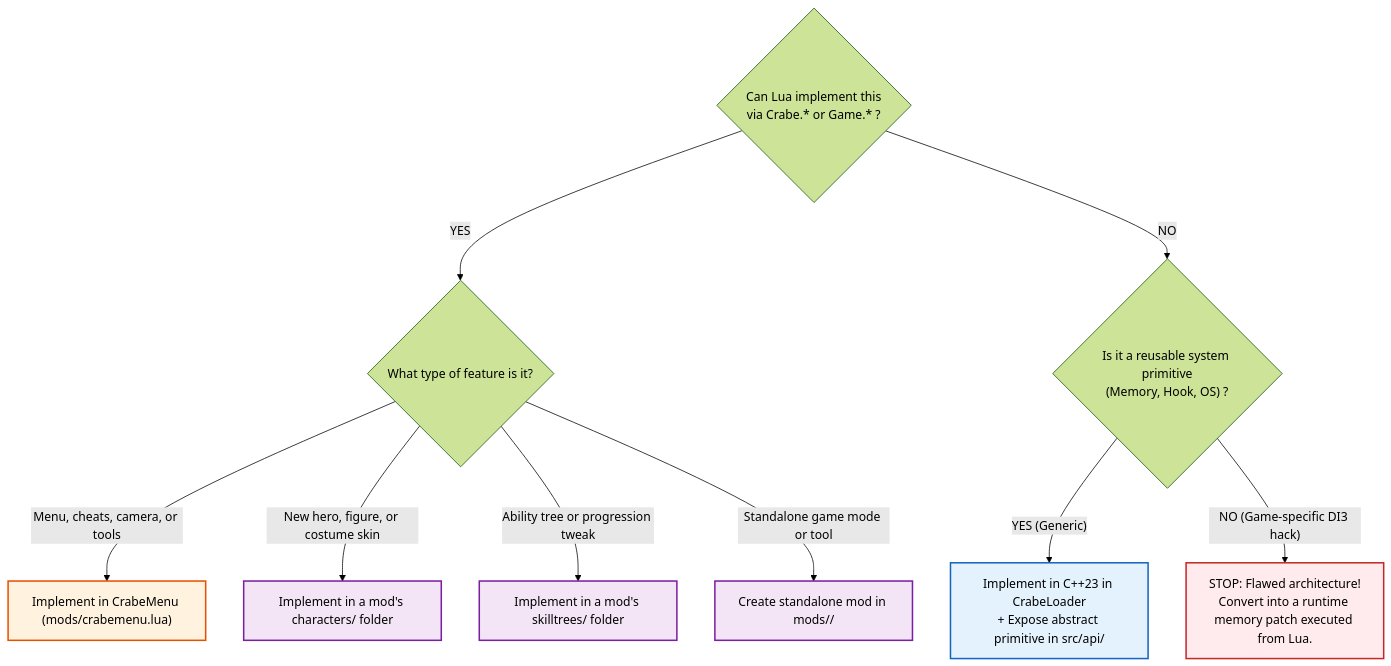
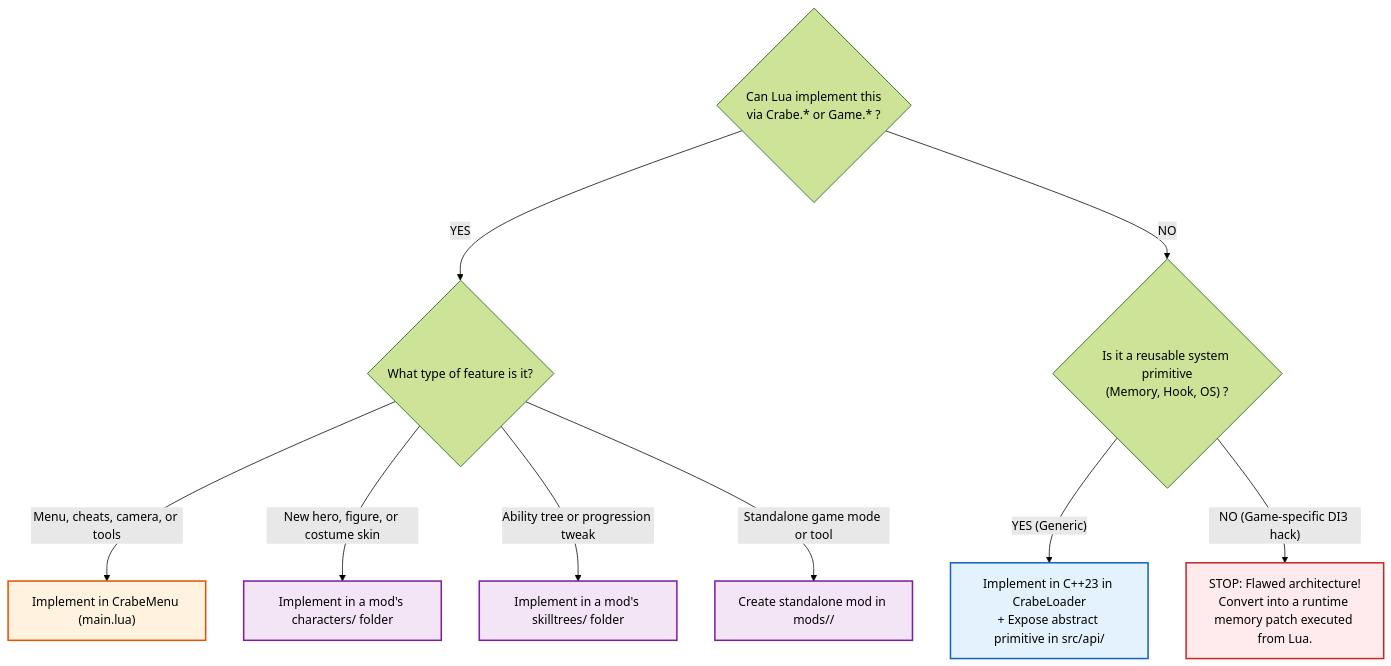
One commit to LucasLhomme/CrabeLoader changed the second of 2 diagrams in docs/ARCHITECTURE_BLUEPRINT.md. Above: the diagram before and after it, drawn with Mermaid (forest theme). The commit also changed other lines of this file and 5 other files, not shown here.

````diff
--- a/docs/ARCHITECTURE_BLUEPRINT.md
+++ b/docs/ARCHITECTURE_BLUEPRINT.md
@@ -146,22 +146,22 @@
 ```mermaid
 flowchart TD
     Q1{"Can Lua implement this<br/>via Crabe.* or Game.* ?"}
     
     Q1 -->|"YES"| Q2{"What type of feature is it?"}
     Q1 -->|"NO"| Q3{"Is it a reusable system primitive<br/>(Memory, Hook, OS) ?"}
 
-    Q2 -->|"Menu, cheats, camera, or tools"| DEST_CRABEMENU["Implement in CrabeMenu (mods/crabemenu.lua)"]
+    Q2 -->|"Menu, cheats, camera, or tools"| DEST_CRABEMENU["Implement in CrabeMenu (main.lua)"]
     Q2 -->|"New hero, figure, or costume skin"| DEST_CHAR["Implement in a mod's characters/ folder"]
     Q2 -->|"Ability tree or progression tweak"| DEST_SKILL["Implement in a mod's skilltrees/ folder"]
     Q2 -->|"Standalone game mode or tool"| DEST_MOD["Create standalone mod in mods/<mod_name>/"]
 
     Q3 -->|"YES (Generic)"| DEST_CPP["Implement in C++23 in CrabeLoader<br/>+ Expose abstract primitive in src/api/"]
     Q3 -->|"NO (Game-specific DI3 hack)"| STOP["STOP: Flawed architecture!<br/>Convert into a runtime memory patch executed from Lua."]
 
     style DEST_CRABEMENU fill:#fff3e0,stroke:#e65100,stroke-width:2px;
     style DEST_CHAR fill:#f3e5f5,stroke:#7b1fa2,stroke-width:2px;
     style DEST_SKILL fill:#f3e5f5,stroke:#7b1fa2,stroke-width:2px;
     style DEST_MOD fill:#f3e5f5,stroke:#7b1fa2,stroke-width:2px;
     style DEST_CPP fill:#e3f2fd,stroke:#1565c0,stroke-width:2px;
     style STOP fill:#ffebee,stroke:#c62828,stroke-width:2px;
 ```
````
